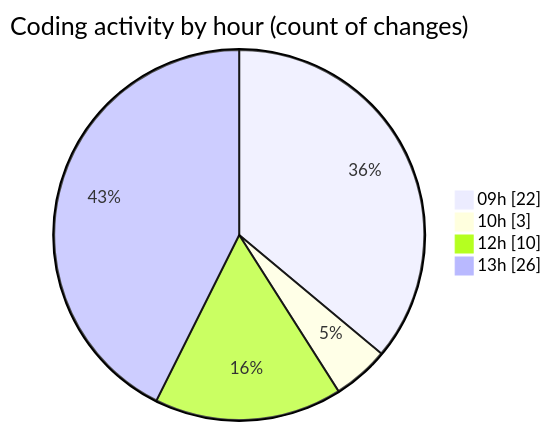
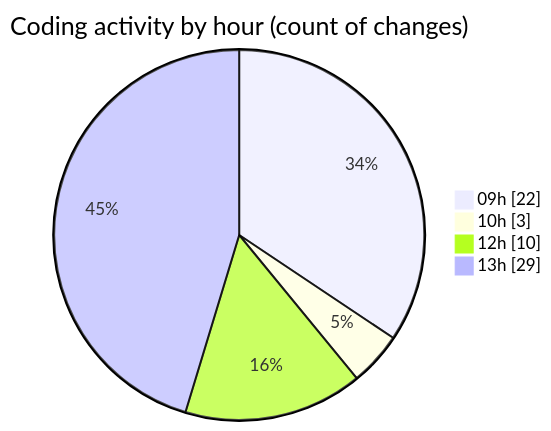
Before and after one commit to momahboobian/code-tracking: the second of 2 diagrams in 2025-06-27/cda/README.md, drawn with Mermaid. The commit also changed other lines of this file and 1 other file, not shown here.

````diff
--- a/2025-06-27/cda/README.md
+++ b/2025-06-27/cda/README.md
@@ -38,8 +38,8 @@
 ```mermaid
 pie showData
 title Coding activity by hour (count of changes)
 "09h" : 22
 "10h" : 3
 "12h" : 10
-"13h" : 26
+"13h" : 29
 ```
````
